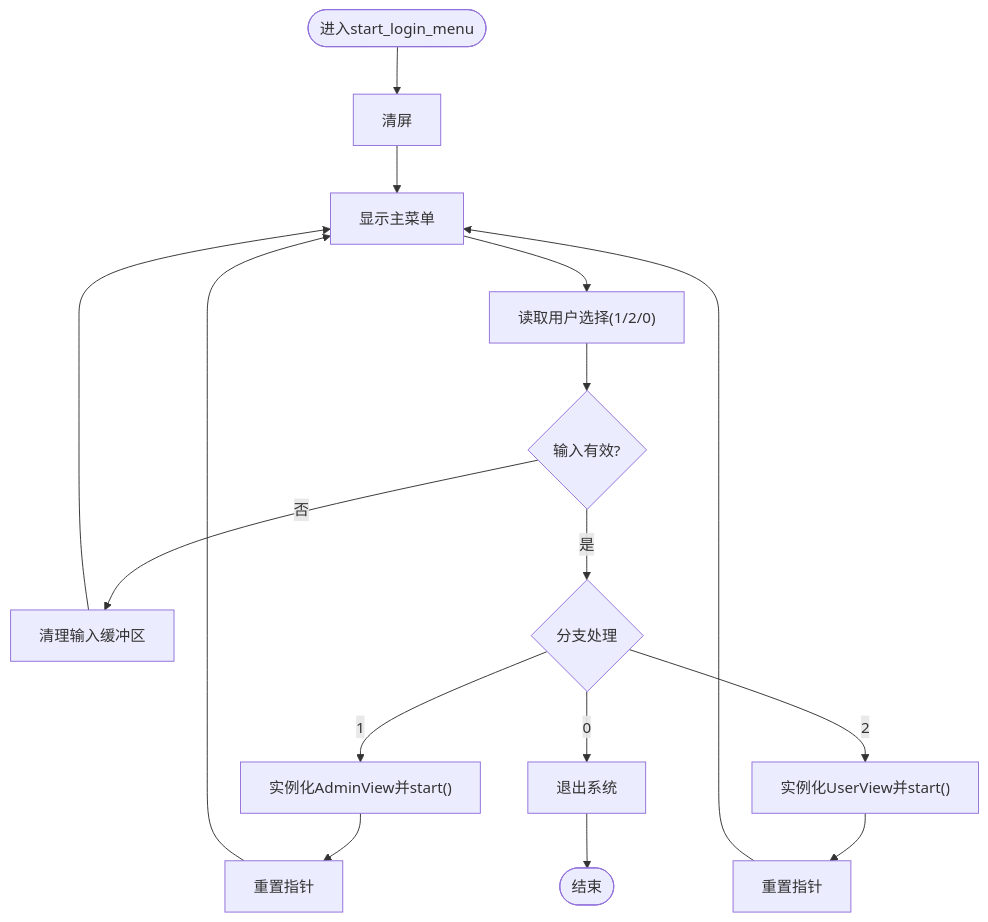
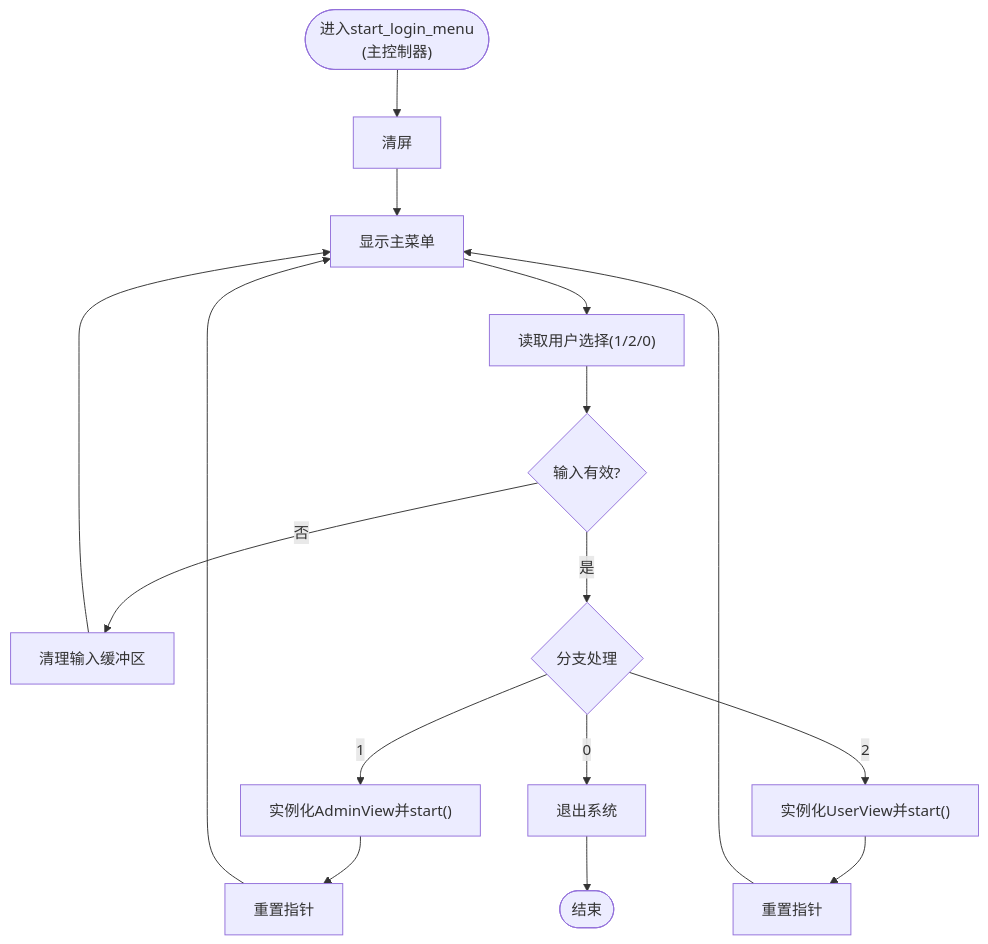
The third of 7 diagrams in .qoder/repowiki/zh/content/系统架构设计/视图管理层设计.md (jinpeng900/OJ-Test), drawn with Mermaid before and after one commit. The commit also changed other lines of this file and 44 other files, not shown here.

````diff
--- a/.qoder/repowiki/zh/content/系统架构设计/视图管理层设计.md
+++ b/.qoder/repowiki/zh/content/系统架构设计/视图管理层设计.md
@@ -154,12 +154,12 @@
 ```mermaid
 flowchart TD
-Start(["进入start_login_menu"]) --> Clear["清屏"]
+Start(["进入start_login_menu<br/>(主控制器)"]) --> Clear["清屏"]
 Clear --> ShowMenu["显示主菜单"]
 ShowMenu --> ReadChoice["读取用户选择(1/2/0)"]
 ReadChoice --> ChoiceValid{"输入有效?"}
 ChoiceValid --> |否| ClearBuf["清理输入缓冲区"] --> ShowMenu
 ChoiceValid --> |是| Switch{"分支处理"}
 Switch --> |1| NewAdmin["实例化AdminView并start()"] --> ResetA["重置指针"] --> ShowMenu
 Switch --> |2| NewUser["实例化UserView并start()"] --> ResetU["重置指针"] --> ShowMenu
 Switch --> |0| Exit["退出系统"] --> End(["结束"])
 ```
````
